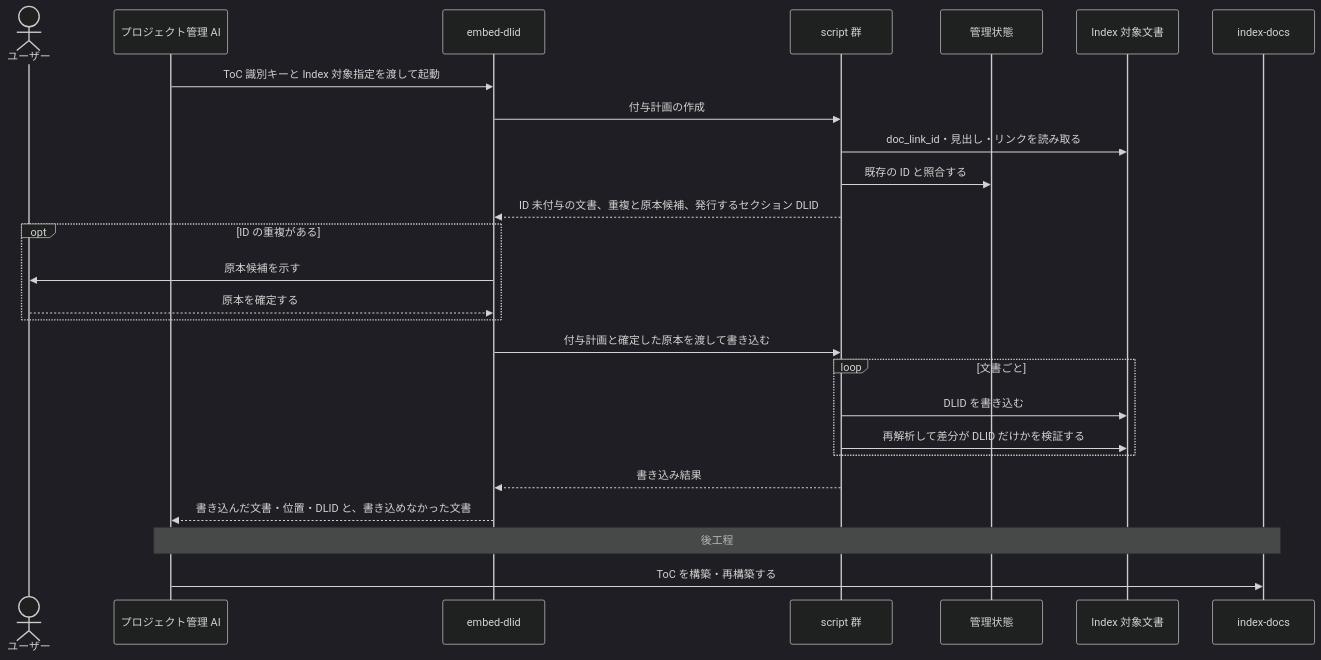
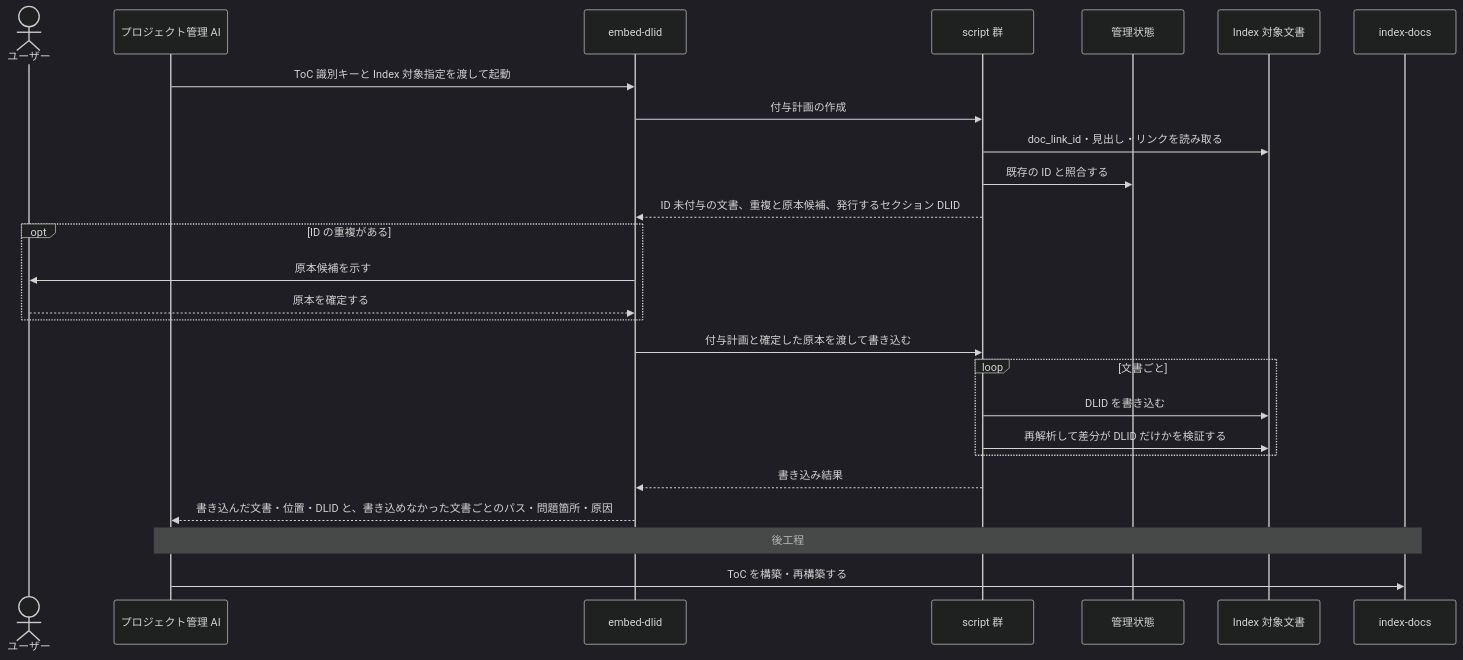
Before and after one commit to BlueEventHorizon/doc-link: the second of 9 diagrams in docs/specs/design/DES-010_skill-composition.md, drawn with Mermaid (dark theme). The commit also changed other lines of this file and 15 other files, not shown here.

````diff
--- a/docs/specs/design/DES-010_skill-composition.md
+++ b/docs/specs/design/DES-010_skill-composition.md
@@ -135,29 +136,29 @@
 ```mermaid
 sequenceDiagram
     actor User as ユーザー
     participant PM as プロジェクト管理 AI
     participant Skill as embed-dlid
     participant Scripts as script 群
     participant State as 管理状態
     participant Docs as Index 対象文書
     participant Index as index-docs
 
     PM->>Skill: ToC 識別キーと Index 対象指定を渡して起動
     Skill->>Scripts: 付与計画の作成
     Scripts->>Docs: doc_link_id・見出し・リンクを読み取る
     Scripts->>State: 既存の ID と照合する
     Scripts-->>Skill: ID 未付与の文書、重複と原本候補、発行するセクション DLID
     opt ID の重複がある
         Skill->>User: 原本候補を示す
         User-->>Skill: 原本を確定する
     end
     Skill->>Scripts: 付与計画と確定した原本を渡して書き込む
     loop 文書ごと
         Scripts->>Docs: DLID を書き込む
         Scripts->>Docs: 再解析して差分が DLID だけかを検証する
     end
     Scripts-->>Skill: 書き込み結果
-    Skill-->>PM: 書き込んだ文書・位置・DLID と、書き込めなかった文書
+    Skill-->>PM: 書き込んだ文書・位置・DLID と、書き込めなかった文書ごとのパス・問題箇所・原因
     Note over PM,Index: 後工程
     PM->>Index: ToC を構築・再構築する
 ```
````
